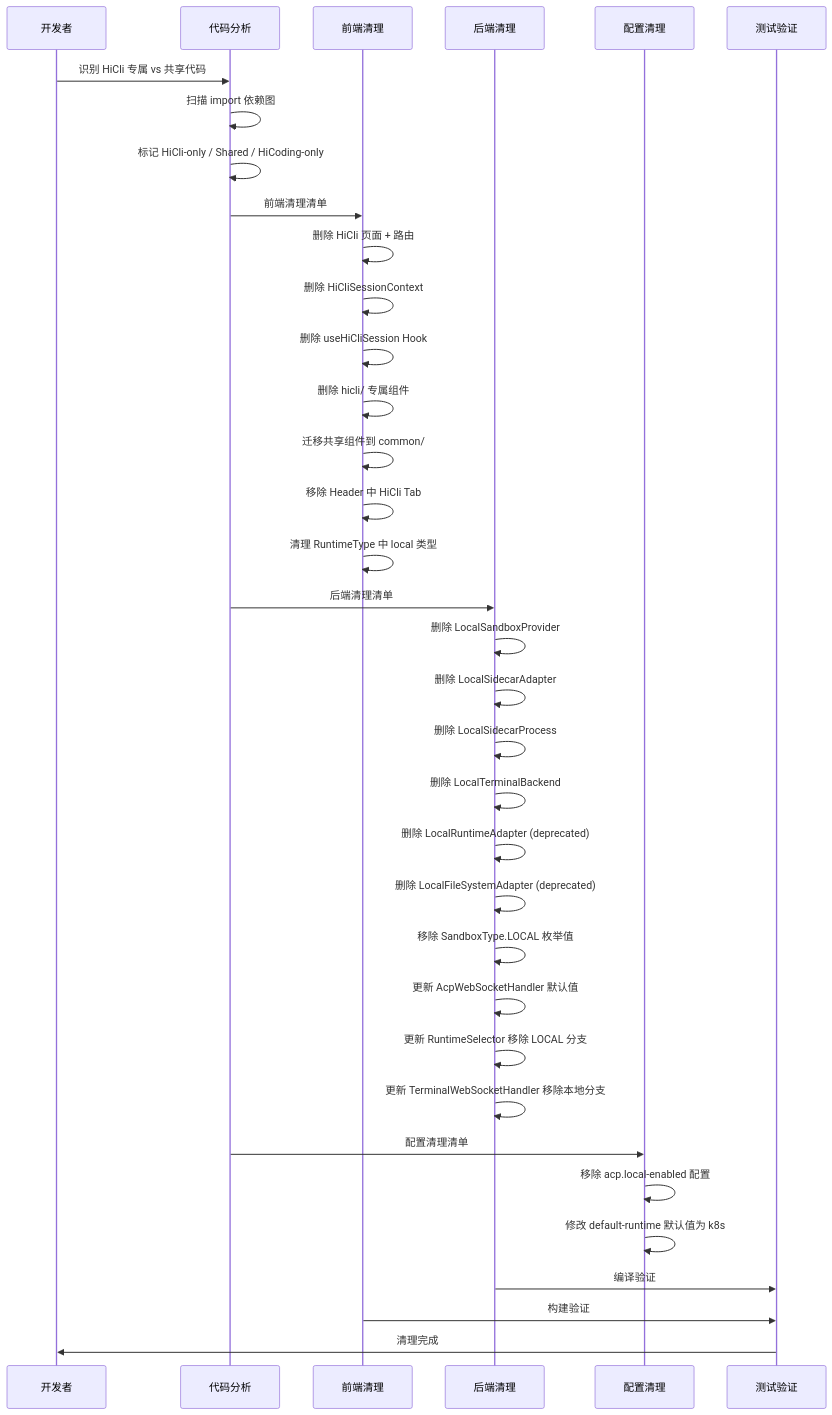
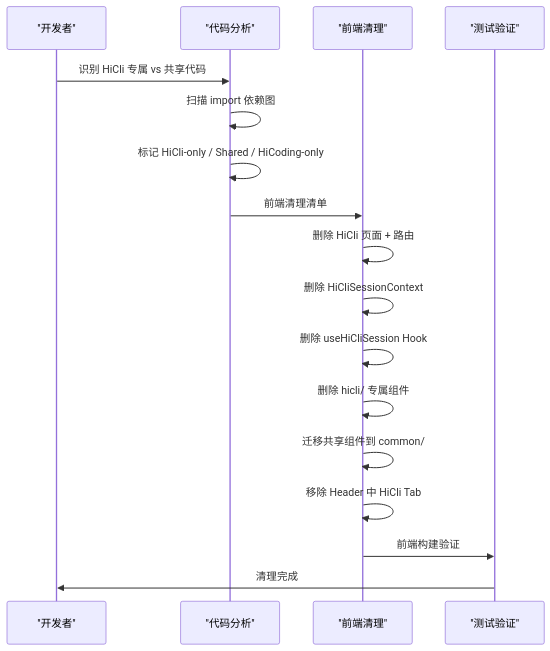
Before and after one commit to higress-group/himarket: the third of 3 diagrams in .kiro/specs/poc-code-cleanup/design.md, drawn with Mermaid. The commit also changed other lines of this file and 34 other files, not shown here.

````diff
--- a/.kiro/specs/poc-code-cleanup/design.md
+++ b/.kiro/specs/poc-code-cleanup/design.md
@@ -89,42 +97,22 @@
 ```mermaid
 sequenceDiagram
-    participant Dev as 开发者
-    participant Analysis as 代码分析
-    participant Frontend as 前端清理
-    participant Backend as 后端清理
-    participant Config as 配置清理
-    participant Test as 测试验证
+    participant Dev as "开发者"
+    participant Analysis as "代码分析"
+    participant Frontend as "前端清理"
+    participant Test as "测试验证"
     
     Dev->>Analysis: 识别 HiCli 专属 vs 共享代码
     Analysis->>Analysis: 扫描 import 依赖图
     Analysis->>Analysis: 标记 HiCli-only / Shared / HiCoding-only
     
     Analysis->>Frontend: 前端清理清单
     Frontend->>Frontend: 删除 HiCli 页面 + 路由
     Frontend->>Frontend: 删除 HiCliSessionContext
     Frontend->>Frontend: 删除 useHiCliSession Hook
     Frontend->>Frontend: 删除 hicli/ 专属组件
     Frontend->>Frontend: 迁移共享组件到 common/
     Frontend->>Frontend: 移除 Header 中 HiCli Tab
-    Frontend->>Frontend: 清理 RuntimeType 中 local 类型
     
-    Analysis->>Backend: 后端清理清单
-    Backend->>Backend: 删除 LocalSandboxProvider
-    Backend->>Backend: 删除 LocalSidecarAdapter
-    Backend->>Backend: 删除 LocalSidecarProcess
-    Backend->>Backend: 删除 LocalTerminalBackend
-    Backend->>Backend: 删除 LocalRuntimeAdapter (deprecated)
-    Backend->>Backend: 删除 LocalFileSystemAdapter (deprecated)
-    Backend->>Backend: 移除 SandboxType.LOCAL 枚举值
-    Backend->>Backend: 更新 AcpWebSocketHandler 默认值
-    Backend->>Backend: 更新 RuntimeSelector 移除 LOCAL 分支
-    Backend->>Backend: 更新 TerminalWebSocketHandler 移除本地分支
-    
-    Analysis->>Config: 配置清理清单
-    Config->>Config: 移除 acp.local-enabled 配置
-    Config->>Config: 修改 default-runtime 默认值为 k8s
-    
-    Backend->>Test: 编译验证
-    Frontend->>Test: 构建验证
+    Frontend->>Test: 前端构建验证
     Test->>Dev: 清理完成
 ```
````
